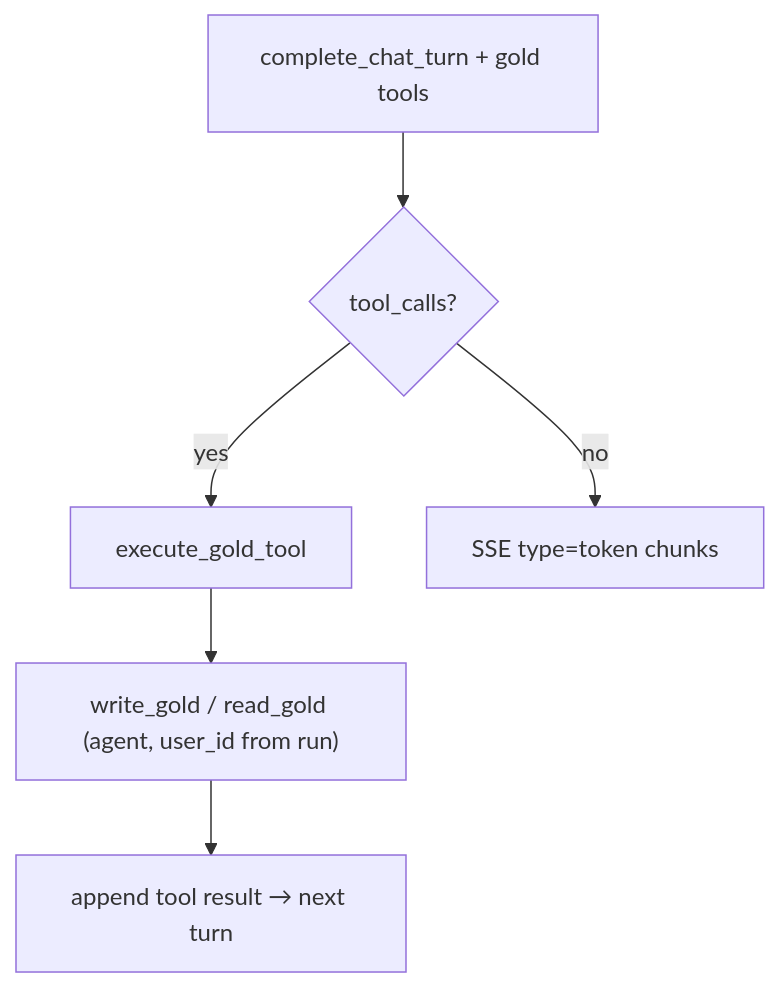
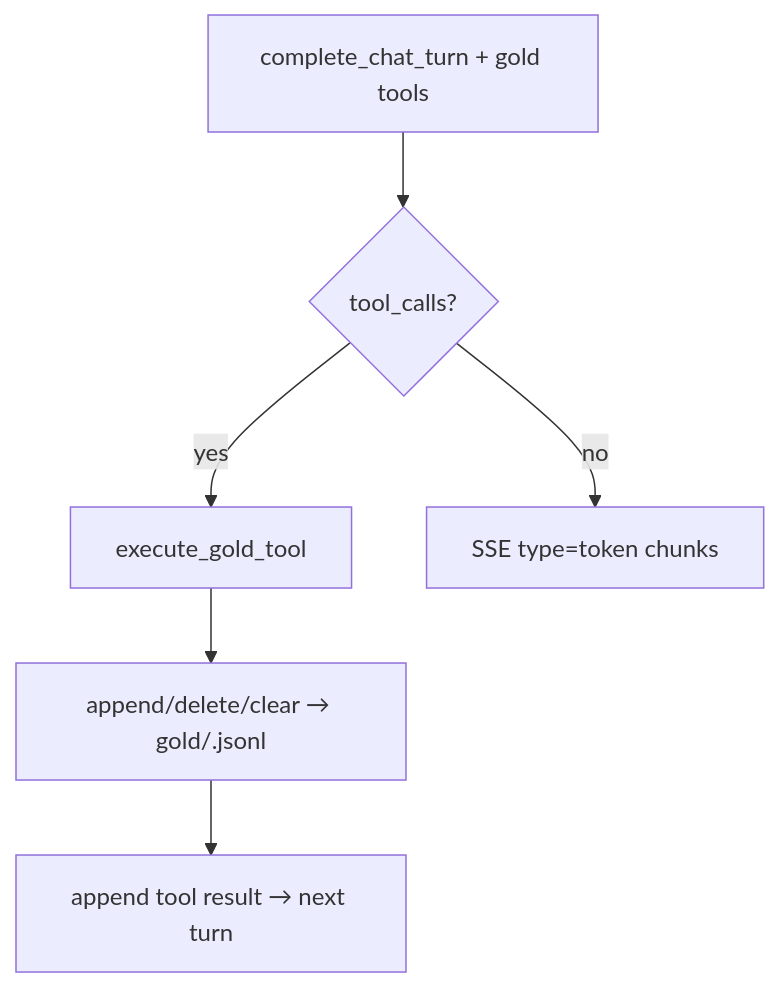
The fifth of 5 diagrams in docs/architecture/11_CHAT.md (abhishekjasani/AgentAnyStack), drawn with Mermaid before and after one commit. The commit also changed other lines of this file and 12 other files, not shown here.

First line of the commit message:
Refactor gold note management: replace update_gold with append_gold, delete_gold, and clear_gold

````diff
--- a/docs/architecture/11_CHAT.md
+++ b/docs/architecture/11_CHAT.md
@@ -234,9 +232,9 @@
 ```mermaid
 flowchart TB
     TURN[complete_chat_turn + gold tools]
     TURN --> D{tool_calls?}
     D -->|yes| EXEC[execute_gold_tool]
-    EXEC --> GOLD["write_gold / read_gold (agent, user_id from run)"]
+    EXEC --> GOLD["append/delete/clear → gold/<user>.jsonl"]
     GOLD --> CONT[append tool result → next turn]
     D -->|no| TOK[SSE type=token chunks]
 ```
````
